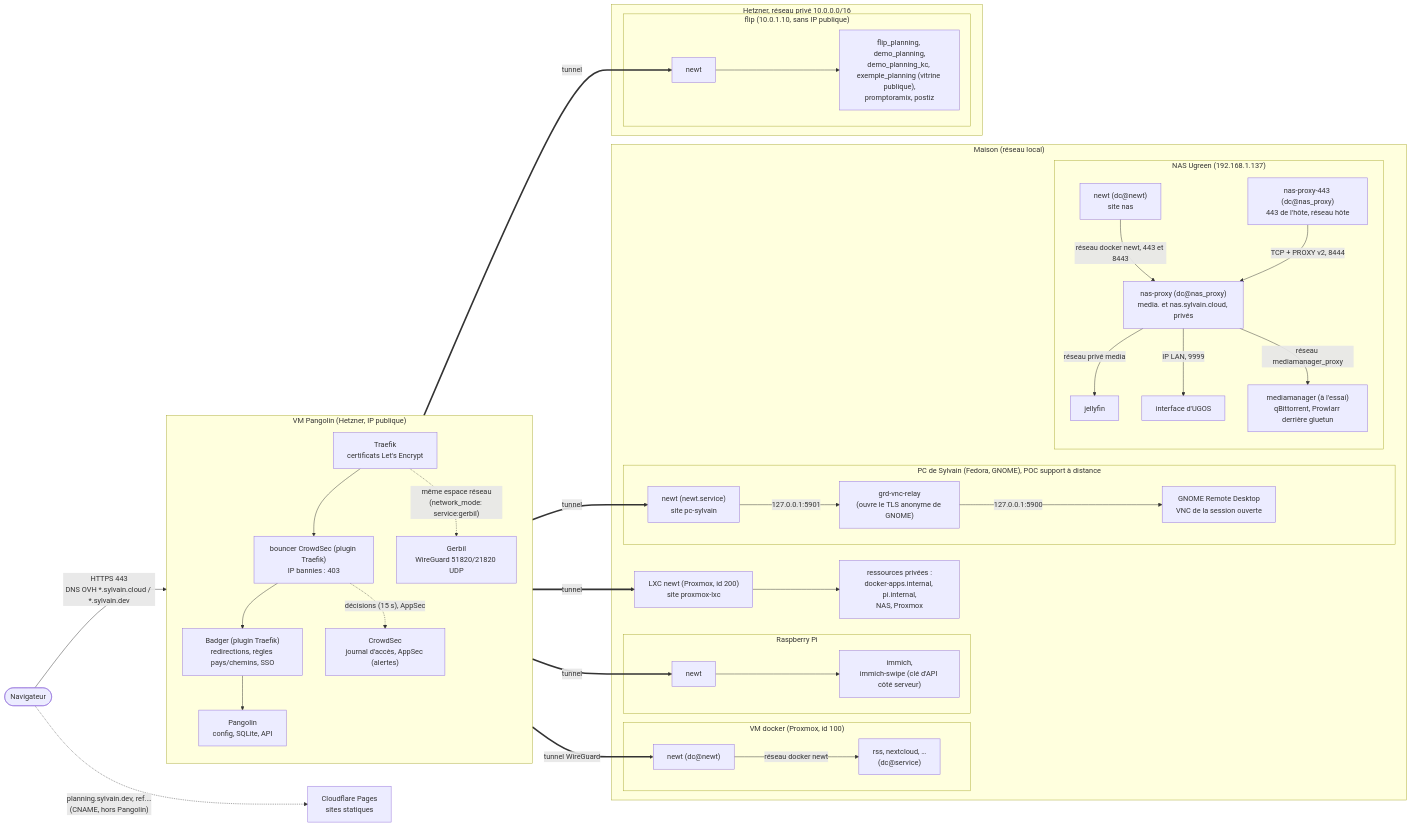
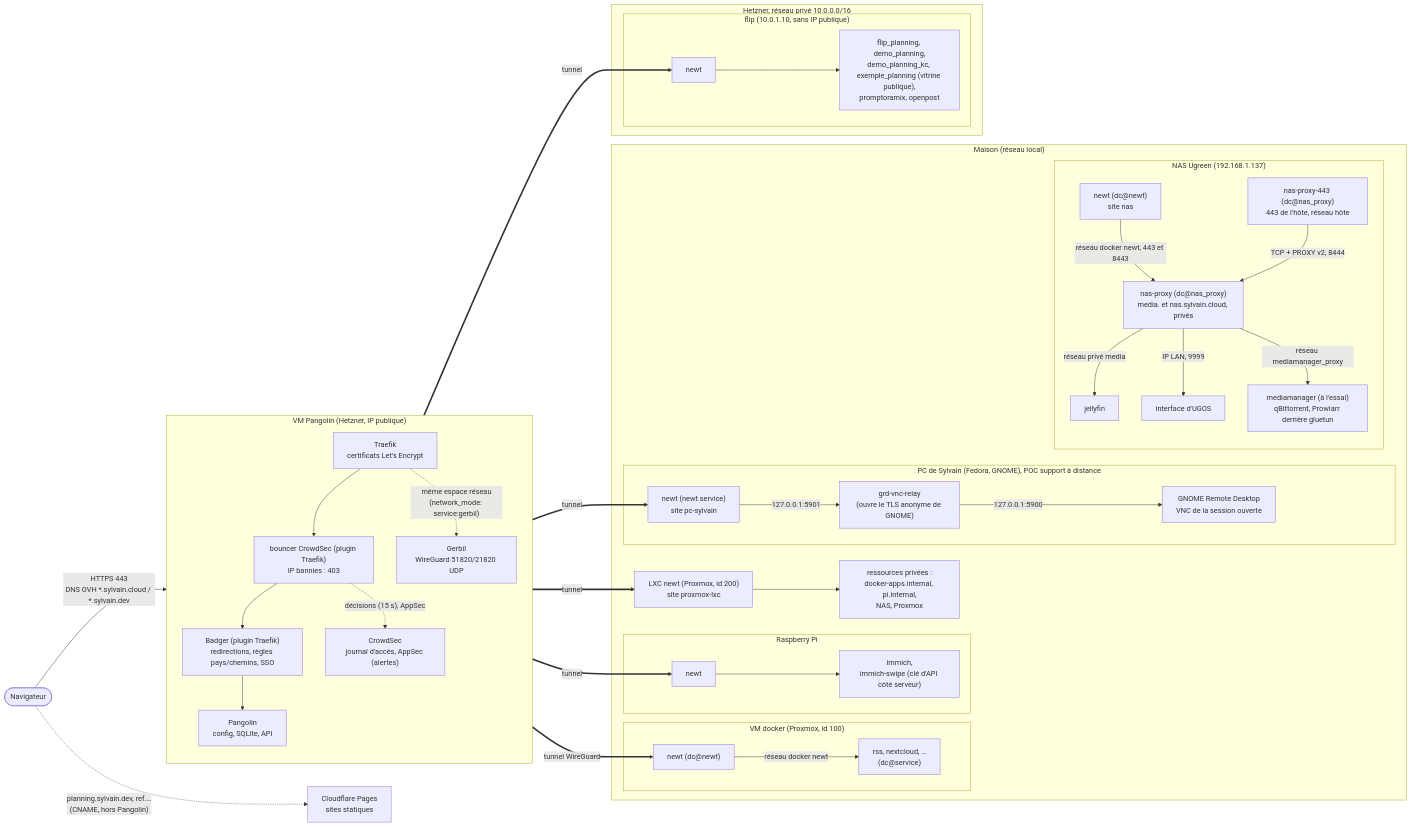
One commit to sylvainmetayer/homelab changed the first of 4 diagrams in docs/architecture.md. Above: the diagram before and after it, drawn with Mermaid. The commit also changed other lines of this file and 39 other files, not shown here.

First line of the commit message:
feat(openpost): OpenPost remplace Postiz sur flip (posts.sylvain.cloud)

````diff
--- a/docs/architecture.md
+++ b/docs/architecture.md
@@ -10,51 +10,51 @@
 ```mermaid
 flowchart LR
   user([Navigateur]) -- "HTTPS 443<br/>DNS OVH *.sylvain.cloud / *.sylvain.dev" --> traefik
   user -. "planning.sylvain.dev, ref.…<br/>(CNAME, hors Pangolin)" .-> cfpages["Cloudflare Pages<br/>sites statiques"]
 
   subgraph pangolin_vm["VM Pangolin (Hetzner, IP publique)"]
     direction TB
     traefik["Traefik<br/>certificats Let's Encrypt"]
     bouncer["bouncer CrowdSec (plugin Traefik)<br/>IP bannies : 403"]
     crowdsec["CrowdSec<br/>journal d'accès, AppSec (alertes)"]
     badger["Badger (plugin Traefik)<br/>redirections, règles pays/chemins, SSO"]
     pangolin_app["Pangolin<br/>config, SQLite, API"]
     gerbil["Gerbil<br/>WireGuard 51820/21820 UDP"]
     traefik --> bouncer --> badger --> pangolin_app
     bouncer -. "décisions (15 s), AppSec" .-> crowdsec
     traefik -. "même espace réseau<br/>(network_mode: service:gerbil)" .-> gerbil
   end
 
   gerbil == "tunnel WireGuard" ==> newt_docker
   gerbil == tunnel ==> newt_pi
   gerbil == tunnel ==> newt_flip
   gerbil == tunnel ==> newt_lxc
   gerbil == tunnel ==> newt_pc
 
   subgraph home["Maison (réseau local)"]
     subgraph docker_vm["VM docker (Proxmox, id 100)"]
       newt_docker["newt (dc@newt)"] -- "réseau docker newt" --> app1["rss, nextcloud, …<br/>(dc@service)"]
     end
     subgraph pi["Raspberry Pi"]
       newt_pi[newt] --> immich["immich,<br/>immich-swipe (clé d'API côté serveur)"]
     end
     newt_lxc["LXC newt (Proxmox, id 200)<br/>site proxmox-lxc"] --> lan["ressources privées :<br/>docker-apps.internal, pi.internal,<br/>NAS, Proxmox"]
     subgraph pc["PC de Sylvain (Fedora, GNOME), POC support à distance"]
       newt_pc["newt (newt.service)<br/>site pc-sylvain"] -- "127.0.0.1:5901" --> relay_vnc["grd-vnc-relay<br/>(ouvre le TLS anonyme de GNOME)"]
       relay_vnc -- "127.0.0.1:5900" --> grd["GNOME Remote Desktop<br/>VNC de la session ouverte"]
     end
     subgraph nas["NAS Ugreen (192.168.1.137)"]
       newt_nas["newt (dc@newt)<br/>site nas"] -- "réseau docker newt, 443 et 8443" --> traefik_nas["nas-proxy (dc@nas_proxy)<br/>media. et nas.sylvain.cloud, privés"]
       relay_nas["nas-proxy-443 (dc@nas_proxy)<br/>443 de l'hôte, réseau hôte"] -- "TCP + PROXY v2, 8444" --> traefik_nas
       traefik_nas -- "réseau privé media" --> jellyfin[jellyfin]
       traefik_nas -- "IP LAN, 9999" --> ugos[interface d'UGOS]
       traefik_nas -- "réseau mediamanager_proxy" --> mediamanager["mediamanager (à l'essai)<br/>qBittorrent, Prowlarr derrière gluetun"]
     end
   end
 
   subgraph hetzner_priv["Hetzner, réseau privé 10.0.0.0/16"]
     subgraph flip["flip (10.0.1.10, sans IP publique)"]
-      newt_flip[newt] --> fp["flip_planning, demo_planning,<br/>demo_planning_kc, exemple_planning (vitrine publique),<br/>promptoramix, postiz"]
+      newt_flip[newt] --> fp["flip_planning, demo_planning,<br/>demo_planning_kc, exemple_planning (vitrine publique),<br/>promptoramix, openpost"]
     end
   end
 ```
````
